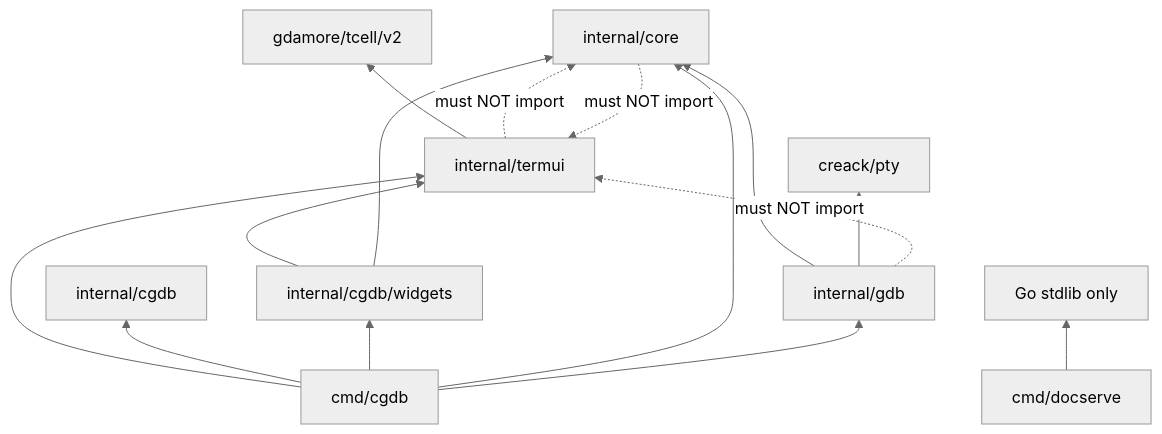
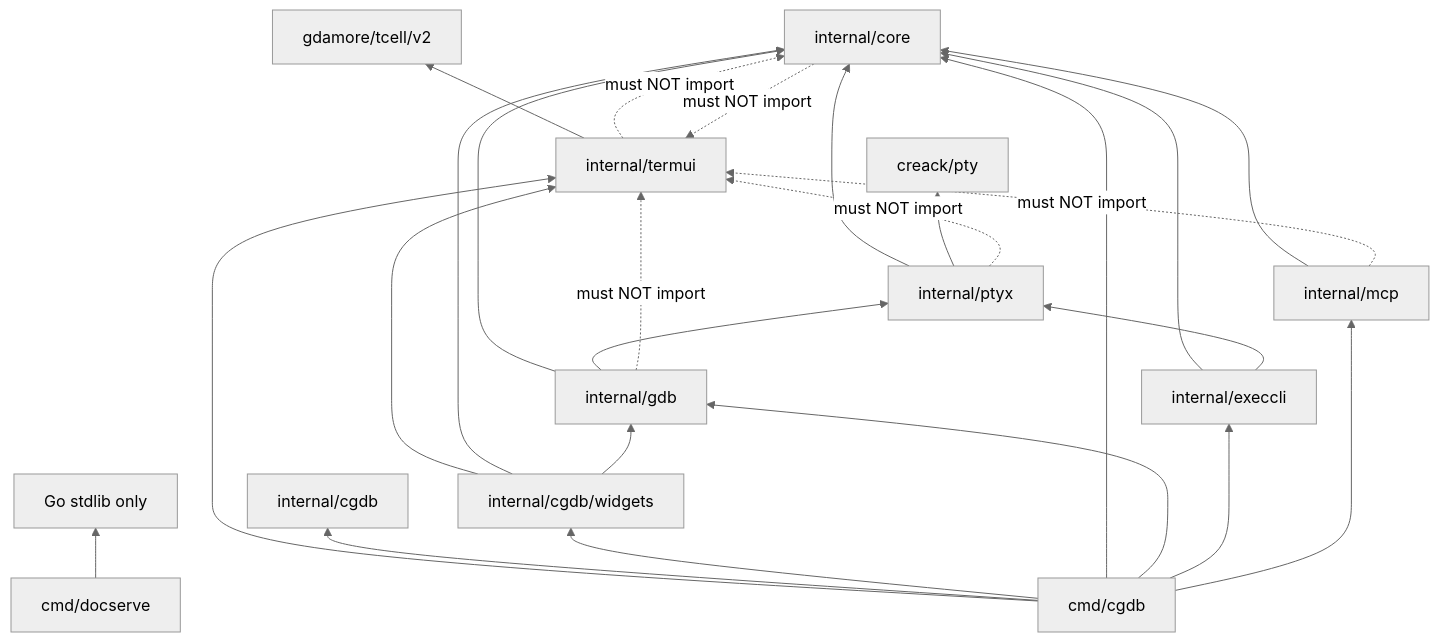
Before and after one commit to yairgd/gdbforge: the diagram in docs/DEPENDENCIES.md, drawn with Mermaid (neutral theme). The commit also changed other lines of this file and 35 other files, not shown here.

````diff
--- a/docs/DEPENDENCIES.md
+++ b/docs/DEPENDENCIES.md
@@ -69,31 +69,44 @@
 ```mermaid
 flowchart BT
     tcell["gdamore/tcell/v2"]
-    pty["creack/pty"]
+    ptyLib["creack/pty"]
 
     termui["internal/termui"]
     cgdb_pkg["internal/cgdb"]
     widgets["internal/cgdb/widgets"]
     core["internal/core"]
+    ptyx["internal/ptyx"]
     gdb["internal/gdb"]
+    execcli["internal/execcli"]
+    mcp["internal/mcp"]
     cgdb_cmd["cmd/cgdb"]
     docserve["cmd/docserve"]
 
     termui --> tcell
     widgets --> termui
     widgets --> core
+    widgets --> gdb
+    ptyx --> core
+    ptyx --> ptyLib
     gdb --> core
-    gdb --> pty
+    gdb --> ptyx
+    execcli --> core
+    execcli --> ptyx
+    mcp --> core
 
     cgdb_cmd --> termui
     cgdb_cmd --> cgdb_pkg
     cgdb_cmd --> widgets
     cgdb_cmd --> core
     cgdb_cmd --> gdb
+    cgdb_cmd --> execcli
+    cgdb_cmd --> mcp
 
     docserve --> stdlib["Go stdlib only"]
 
     gdb -.->|"must NOT import"| termui
+    ptyx -.->|"must NOT import"| termui
+    mcp -.->|"must NOT import"| termui
     core -.->|"must NOT import"| termui
     termui -.->|"must NOT import"| core
 ```
````
